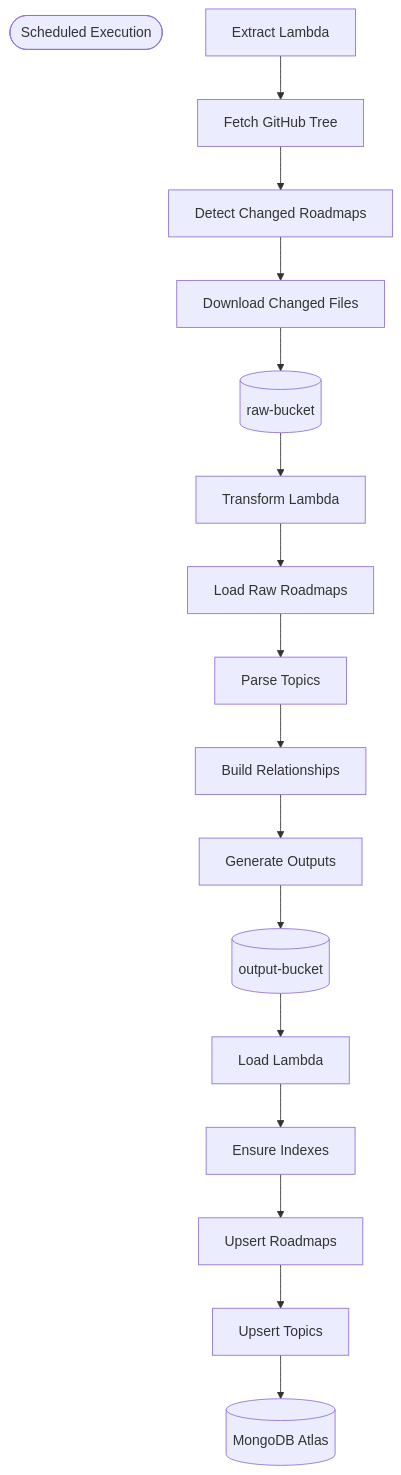
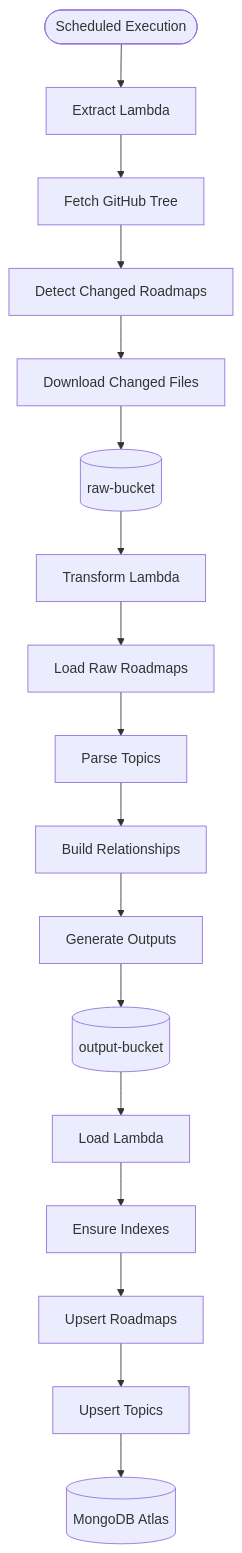
Before and after one commit to adham-nasr/roadmap: the second of 4 diagrams in README.md, drawn with Mermaid.

Commit message:
minor-fix

````diff
--- a/README.md
+++ b/README.md
@@ -113,54 +113,55 @@
 ```mermaid
 flowchart TD
 
     START([Scheduled Execution])
 
     EXTRACT[Extract Lambda]
 
     G1[Fetch GitHub Tree]
     G2[Detect Changed Roadmaps]
     G3[Download Changed Files]
 
     RAW[(raw-bucket)]
 
     TRANSFORM[Transform Lambda]
 
     T1[Load Raw Roadmaps]
     T2[Parse Topics]
     T3[Build Relationships]
     T4[Generate Outputs]
 
     OUTPUT[(output-bucket)]
 
     LOAD[Load Lambda]
 
     M1[Ensure Indexes]
     M2[Upsert Roadmaps]
     M3[Upsert Topics]
 
     DB[(MongoDB Atlas)]
 
+    START --> EXTRACT
 
     EXTRACT --> G1
     G1 --> G2
     G2 --> G3
 
     G3 --> RAW
 
     RAW --> TRANSFORM
 
     TRANSFORM --> T1
     T1 --> T2
     T2 --> T3
     T3 --> T4
 
     T4 --> OUTPUT
 
     OUTPUT --> LOAD
 
     LOAD --> M1
     M1 --> M2
     M2 --> M3
 
     M3 --> DB
 ```
````
